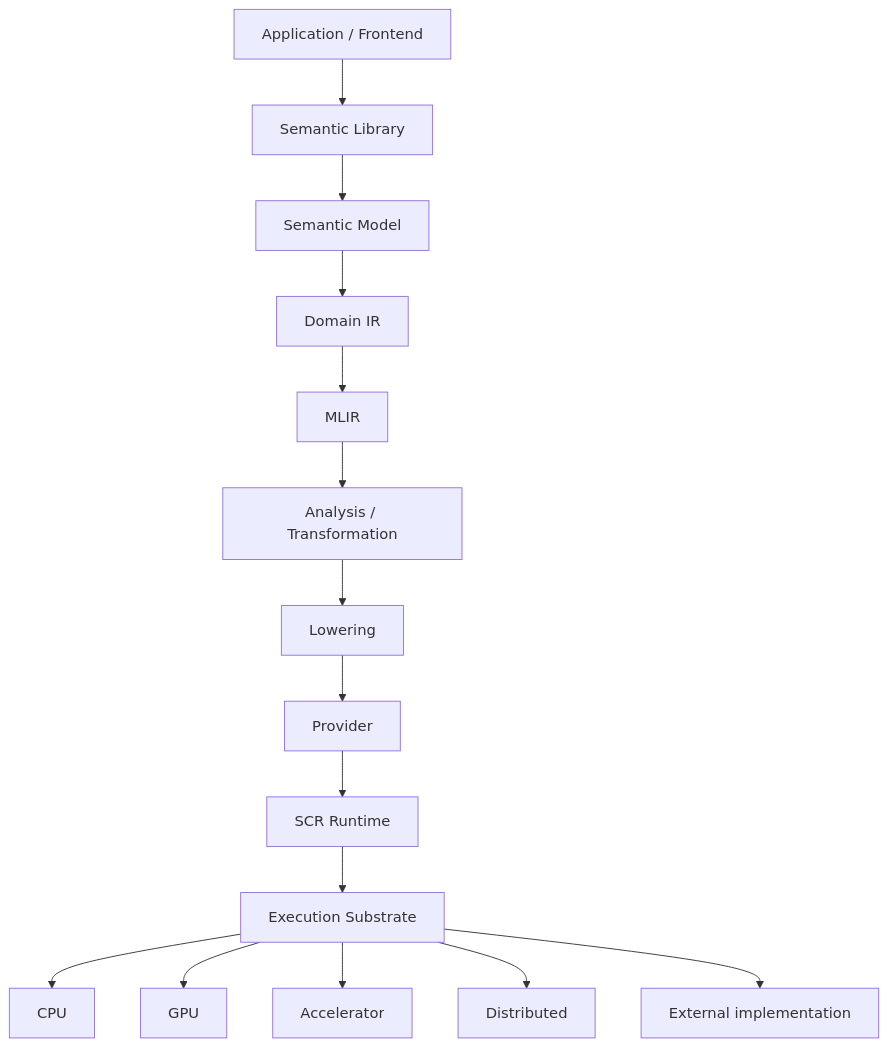
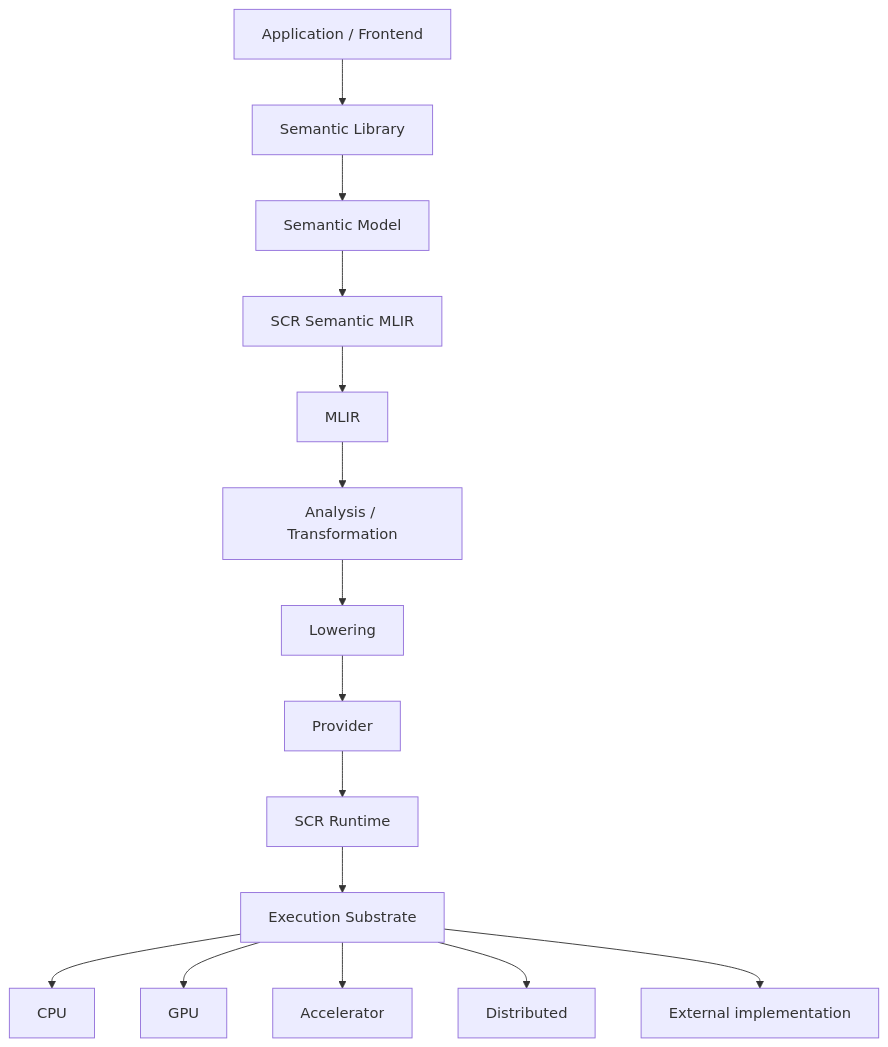
Before and after one commit to zharia/Semantic-Computational-Runtime: the second of 21 diagrams in 002_GETTING_STARTED.md, drawn with Mermaid. The commit also changed other lines of this file and 47 other files, not shown here.

First line of the commit message:
feat: MLIR-first architectural alignment pass

````diff
--- a/002_GETTING_STARTED.md
+++ b/002_GETTING_STARTED.md
@@ -85,29 +85,29 @@
 ```mermaid
 flowchart TB
     APP["Application / Frontend"]
     SEM["Semantic Library"]
     MODEL["Semantic Model"]
-    IR["Domain IR"]
+    IR["SCR Semantic MLIR"]
     MLIR["MLIR"]
     TRANS["Analysis / Transformation"]
     LOWER["Lowering"]
     PROVIDER["Provider"]
     RUNTIME["SCR Runtime"]
     SUBSTRATE["Execution Substrate"]
 
     APP --> SEM
     SEM --> MODEL
     MODEL --> IR
     IR --> MLIR
     MLIR --> TRANS
     TRANS --> LOWER
     LOWER --> PROVIDER
     PROVIDER --> RUNTIME
     RUNTIME --> SUBSTRATE
 
     SUBSTRATE --> CPU["CPU"]
     SUBSTRATE --> GPU["GPU"]
     SUBSTRATE --> ACC["Accelerator"]
     SUBSTRATE --> DIST["Distributed"]
     SUBSTRATE --> EXT["External implementation"]
 ```
````
